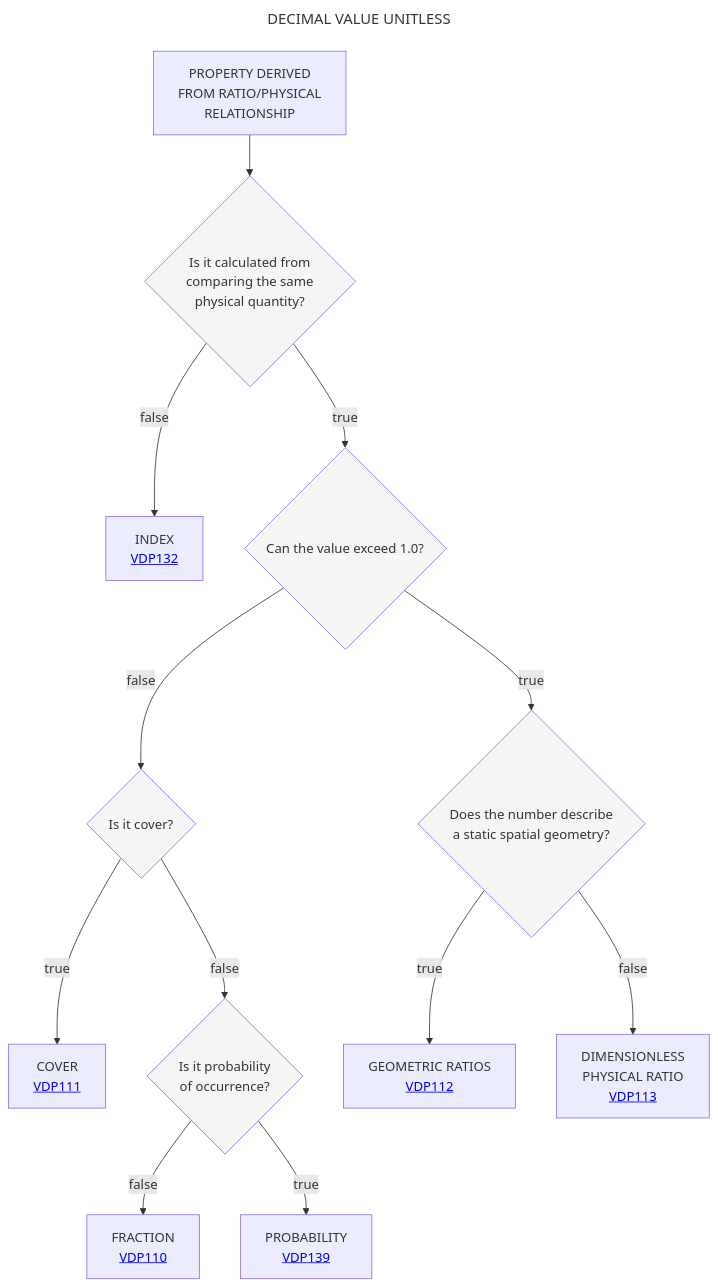
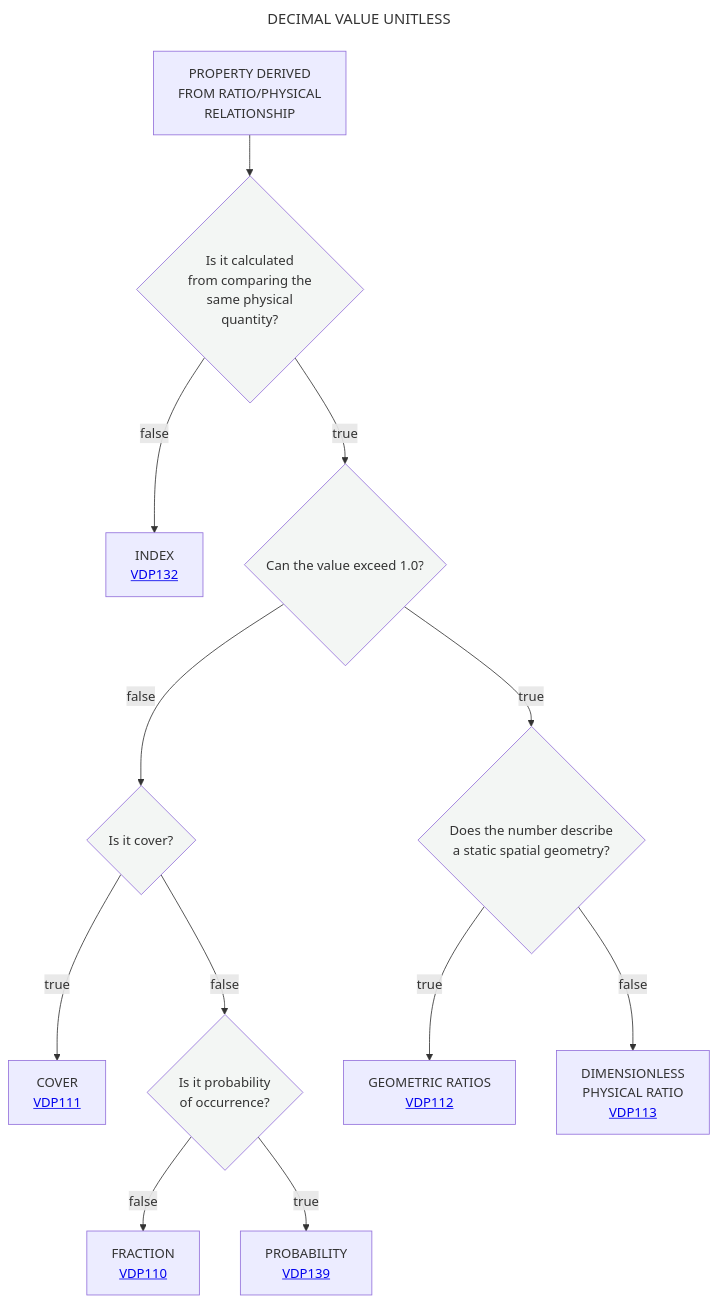
The diagram in Decisition_trees/DT1.mmd (mabablue/I-ADOPT-patterns-playground), drawn with Mermaid before and after one commit.

Commit message:
Fix wording in decision tree flowchart

```diff
--- a/Decisition_trees/DT1.mmd
+++ b/Decisition_trees/DT1.mmd
@@ -1,19 +1,19 @@
 ---
 title: DECIMAL VALUE UNITLESS
 ---
 flowchart TD
-    A[PROPERTY DERIVED <br> FROM RATIO/PHYSICAL <br> RELATIONSHIP] --> B{Is it calculated from  <br> comparing the same  <br> physical quantity?}:::white
+    A[PROPERTY DERIVED <br> FROM RATIO/PHYSICAL <br> RELATIONSHIP] --> B{Is it calculated <br> from comparing the <br> same physical <br> quantity?}:::white
     B --> |false|C[INDEX <br> <a href='https://github.com/mabablue/I-ADOPT-patterns-playground/blob/main/pattern/VDP132.yaml'>VDP132</a>]
     B --> |true|D{Can the value exceed 1.0?}:::white
     D --> |false|E{Is it cover?}:::white
     D --> |true|L{Does the number describe <br> a static spatial geometry?}:::white
     E --> |true|G[COVER <br> <a href='https://github.com/mabablue/I-ADOPT-patterns-playground/blob/main/pattern/VDP111.yaml'>VDP111</a>]
     E --> |false|H{Is it probability <br> of occurrence?}:::white
     H --> |false|I[FRACTION <br> <a href='https://github.com/mabablue/I-ADOPT-patterns-playground/blob/main/pattern/VDP110.yaml'>VDP110</a>]
     H --> |true|J[PROBABILITY <br> <a href='https://github.com/mabablue/I-ADOPT-patterns-playground/blob/main/pattern/VDP139.yaml'>VDP139</a>]
     L --> |true|M[GEOMETRIC RATIOS <br> <a href='https://github.com/mabablue/I-ADOPT-patterns-playground/blob/main/pattern/VDP112.yaml'>VDP112</a>] 
     L --> |false|N[DIMENSIONLESS <br> PHYSICAL RATIO <br> <a href='https://github.com/mabablue/I-ADOPT-patterns-playground/blob/main/pattern/VDP113.yaml'>VDP113</a>]
    classDef blue fill:#90D5FF
    classDef satblue fill:#57B9FF 
    classDef white fill:#f3f6f4
    classDef green fill:#6aa84f
```
